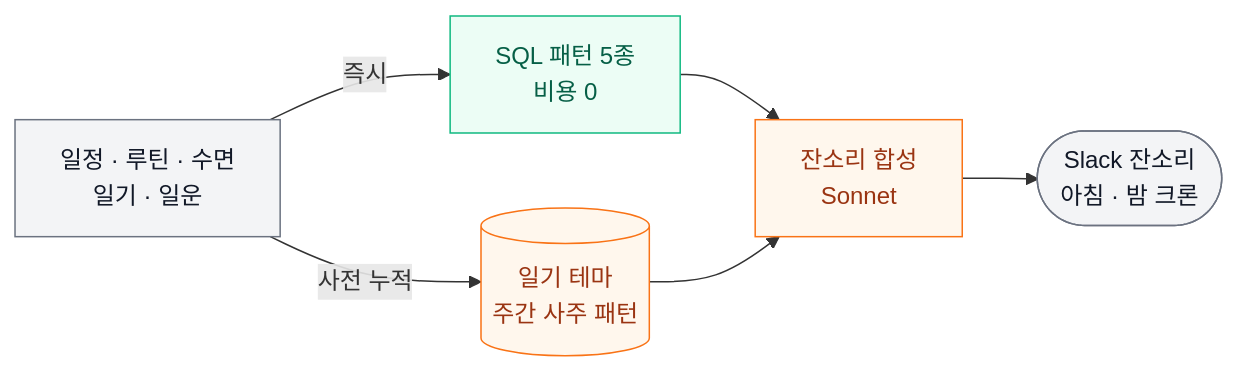
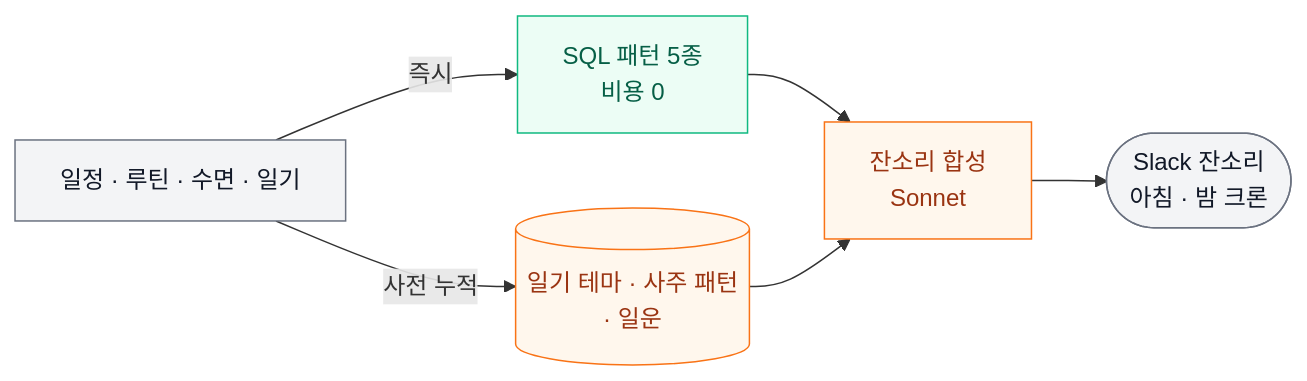
One commit to hyewon3938/slack-ai-agents changed the first of 3 diagrams in README.md. Above: the diagram before and after it, drawn with Mermaid.

Commit message:
docs(readme): 잔소리 합성 다이어그램 일운 위치 보정
일운은 사용자가 기록하는 raw data가 아니라 매주 Opus가
사전 분석해 fortune_analyses에 저장하는 결과 → 입력 노드(D)에서
사전 누적 노드(L)로 이동.

````diff
--- a/README.md
+++ b/README.md
@@ -26,15 +26,15 @@
 ```mermaid
 graph LR
-    D[일정 · 루틴 · 수면<br/>일기 · 일운] -->|즉시| P[SQL 패턴 5종<br/>비용 0]
-    D -->|사전 누적| L[(일기 테마<br/>주간 사주 패턴)]
+    D[일정 · 루틴 · 수면 · 일기] -->|즉시| P[SQL 패턴 5종<br/>비용 0]
+    D -->|사전 누적| L[(일기 테마 · 사주 패턴<br/>· 일운)]
     P --> SY[잔소리 합성<br/>Sonnet]
     L --> SY
     SY --> O([Slack 잔소리<br/>아침 · 밤 크론])
 
     classDef io fill:#f3f4f6,stroke:#6b7280,color:#111827
     classDef fast fill:#ecfdf5,stroke:#10b981,color:#065f46
     classDef loop fill:#fff7ed,stroke:#f97316,color:#9a3412
     class D,O io
     class P fast
     class L,SY loop
 ```
````
